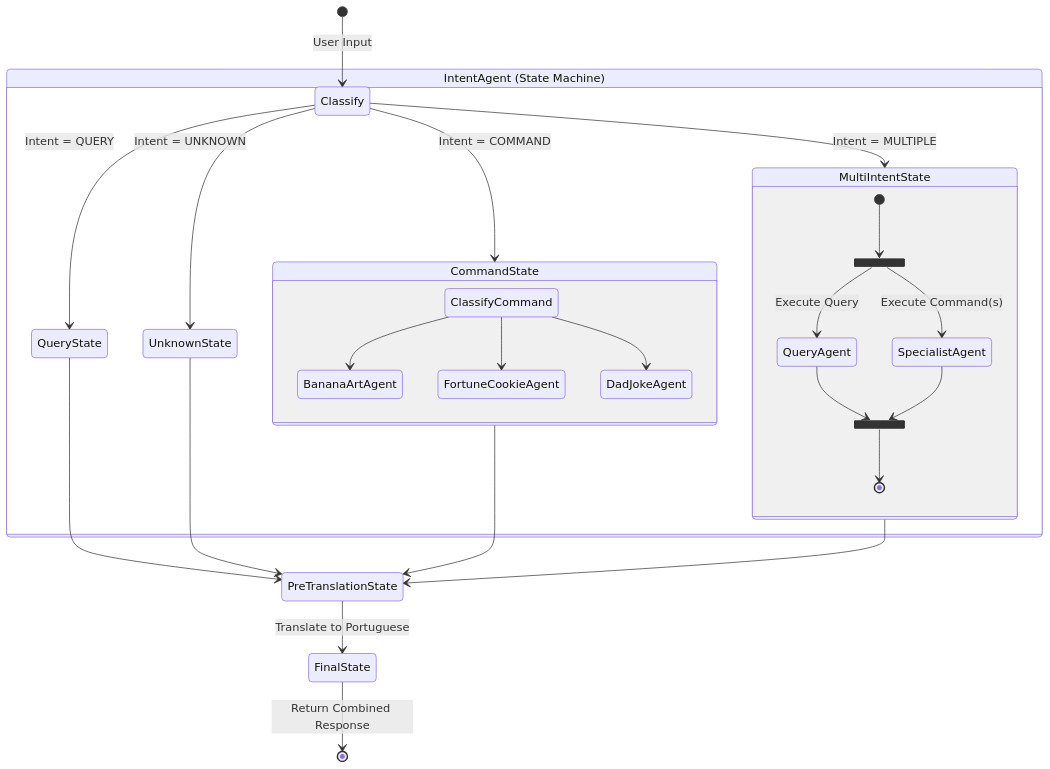
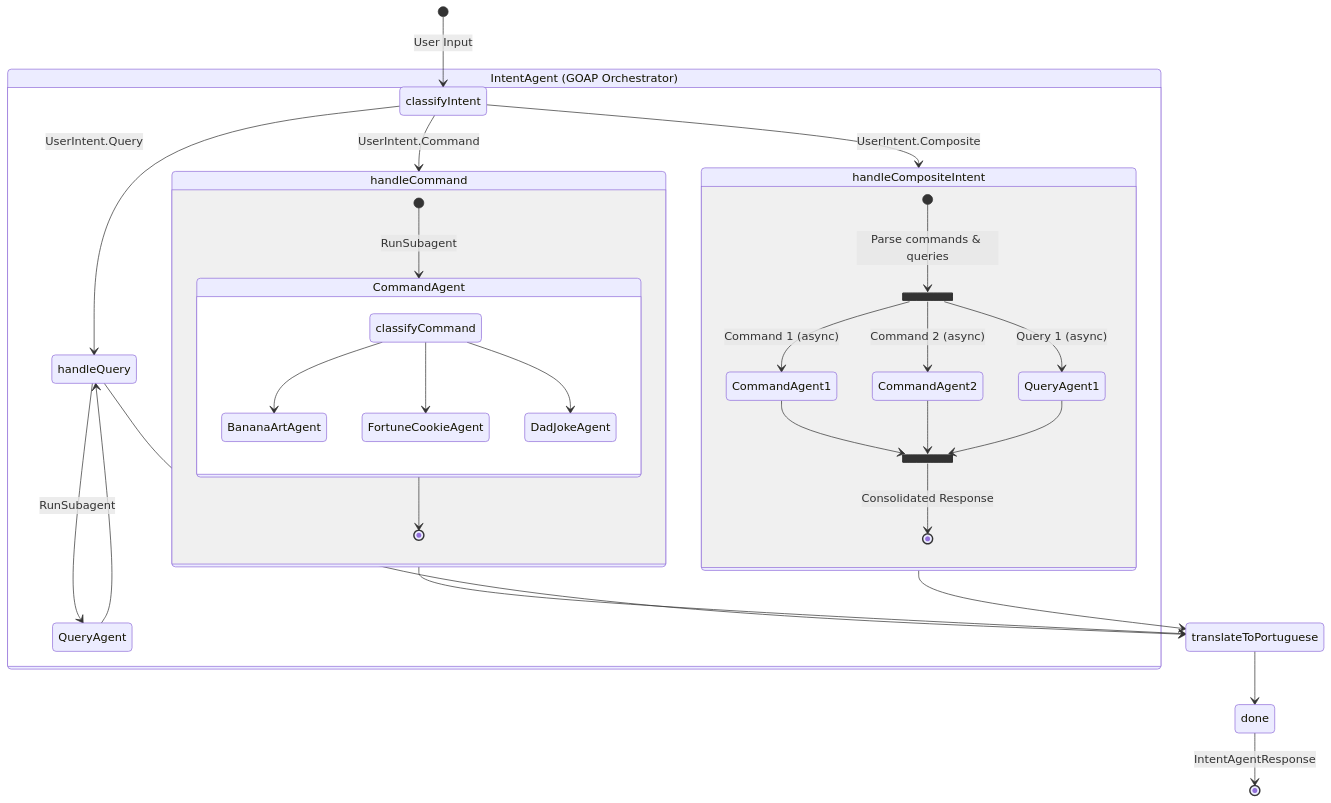
Before and after one commit to LiveNathan/embabelsubagenttest: the first of 2 diagrams in README.md, drawn with Mermaid. The commit also changed other lines of this file, not shown here.

Commit message:
Update README.md to document GOAP orchestration and parallel sub-agent execution flow

````diff
--- a/README.md
+++ b/README.md
@@ -49,38 +88,46 @@
 ```mermaid
 stateDiagram-v2
-    [*] --> Classify: User Input
+    [*] --> classifyIntent: User Input
+    state "IntentAgent (GOAP Orchestrator)" as Router {
+classifyIntent --> handleQuery: UserIntent.Query
+classifyIntent --> handleCommand: UserIntent.Command
+classifyIntent --> handleCompositeIntent: UserIntent.Composite
 
-    state "IntentAgent (State Machine)" as Router {
-Classify --> QueryState: Intent = QUERY
-Classify --> CommandState: Intent = COMMAND
-Classify --> MultiIntentState: Intent = MULTIPLE
-Classify --> UnknownState: Intent = UNKNOWN
+state handleCompositeIntent {
+state fork_parallel <<fork>>
+[*] --> fork_parallel: Parse commands & queries
 
-state MultiIntentState {
-state fork_parallel <<fork>>
-[*] --> fork_parallel
-
-fork_parallel --> QueryAgent: Execute Query
-fork_parallel --> SpecialistAgent: Execute Command(s)
+fork_parallel --> CommandAgent1: Command 1 (async)
+fork_parallel --> CommandAgent2: Command 2 (async)
+fork_parallel --> QueryAgent1: Query 1 (async)
 
 state join_parallel <<join>>
-QueryAgent --> join_parallel
-SpecialistAgent --> join_parallel
-join_parallel --> [*]
+CommandAgent1 --> join_parallel
+CommandAgent2 --> join_parallel
+QueryAgent1 --> join_parallel
+
+join_parallel --> [*]: Consolidated Response
 }
 
-state CommandState {
-ClassifyCommand --> BananaArtAgent
-ClassifyCommand --> FortuneCookieAgent
-ClassifyCommand --> DadJokeAgent
+state handleCommand {
+[*] --> CommandAgent: RunSubagent
+
+state CommandAgent {
+classifyCommand --> BananaArtAgent
+classifyCommand --> FortuneCookieAgent
+classifyCommand --> DadJokeAgent
 }
- }
+CommandAgent --> [*]
+}
 
-QueryState --> PreTranslationState
-CommandState --> PreTranslationState
-MultiIntentState --> PreTranslationState
-UnknownState --> PreTranslationState
+handleQuery --> QueryAgent: RunSubagent
+QueryAgent --> handleQuery
+}
 
-PreTranslationState --> FinalState: Translate to Portuguese
-FinalState --> [*]: Return Combined Response
+handleQuery --> translateToPortuguese
+handleCommand --> translateToPortuguese
+handleCompositeIntent --> translateToPortuguese
+
+translateToPortuguese --> done
+done --> [*]: IntentAgentResponse
 ```
````
